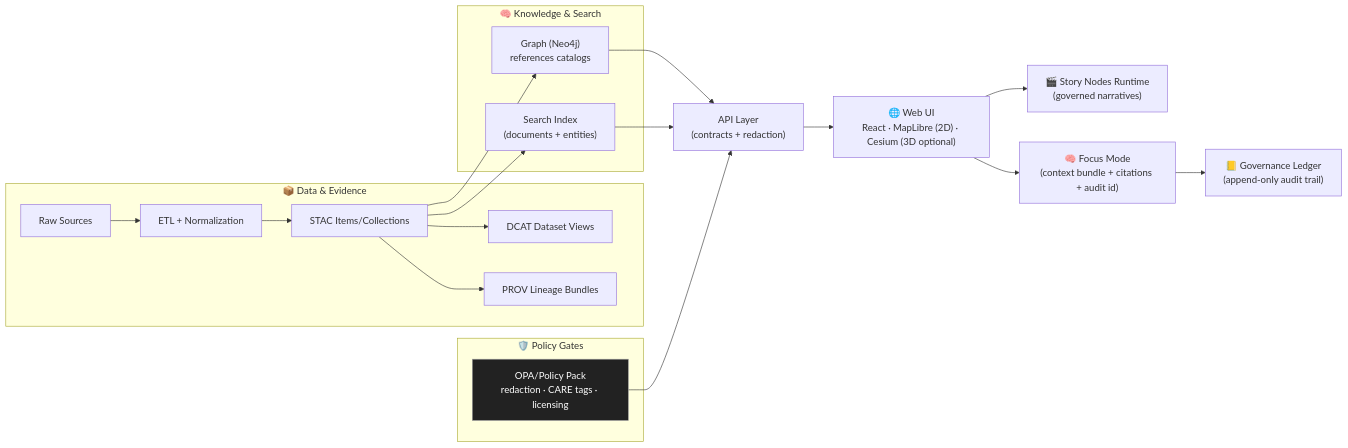
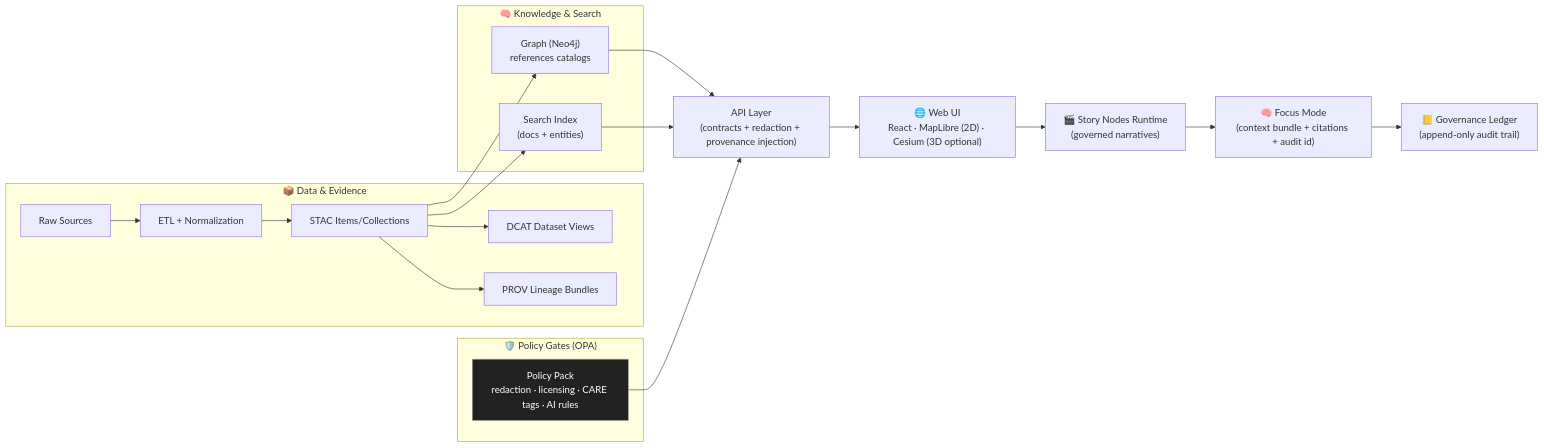
Before and after one commit to bartytime4life/Kansas-Frontier-Matrix: the diagram in web/README.md, drawn with Mermaid. The commit also changed other lines of this file, not shown here.

````diff
--- a/web/README.md
+++ b/web/README.md
@@ -123,29 +179,29 @@
 ```mermaid
 flowchart LR
   subgraph Data["📦 Data & Evidence"]
     A["Raw Sources"] --> B["ETL + Normalization"]
     B --> C["STAC Items/Collections"]
     C --> D["DCAT Dataset Views"]
     C --> E["PROV Lineage Bundles"]
   end
 
   subgraph Index["🧠 Knowledge & Search"]
     C --> G["Graph (Neo4j)<br/>references catalogs"]
-    C --> S["Search Index<br/>(documents + entities)"]
+    C --> S["Search Index<br/>(docs + entities)"]
   end
 
-  subgraph Gates["🛡️ Policy Gates"]
-    P["OPA/Policy Pack<br/>redaction · CARE tags · licensing"]:::gate
+  subgraph Gates["🛡️ Policy Gates (OPA)"]
+    P["Policy Pack<br/>redaction · licensing · CARE tags · AI rules"]:::gate
   end
 
-  G --> H["API Layer<br/>(contracts + redaction)"]
+  G --> H["API Layer<br/>(contracts + redaction + provenance injection)"]
   S --> H
   P --> H
 
   H --> I["🌐 Web UI<br/>React · MapLibre (2D) · Cesium (3D optional)"]
   I --> J["🎬 Story Nodes Runtime<br/>(governed narratives)"]
-  I --> K["🧠 Focus Mode<br/>(context bundle + citations + audit id)"]
+  J --> K["🧠 Focus Mode<br/>(context bundle + citations + audit id)"]
   K --> L["📒 Governance Ledger<br/>(append-only audit trail)"]
 
   classDef gate fill:#222,color:#fff,stroke:#999,stroke-width:1px;
 ```
````
